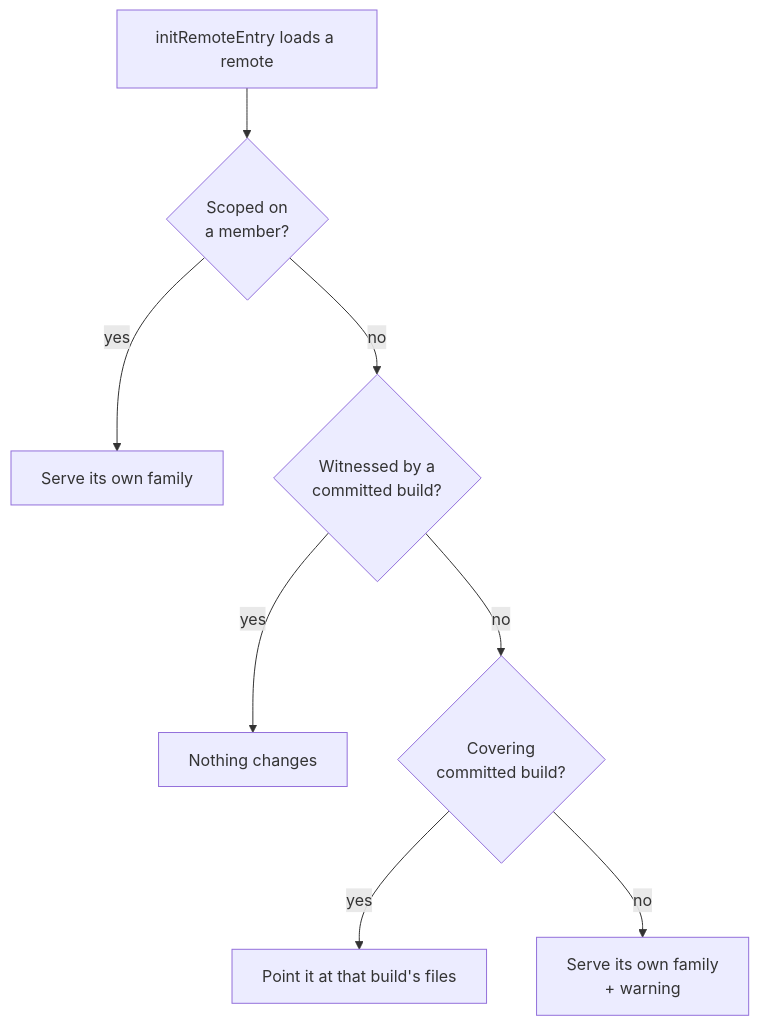
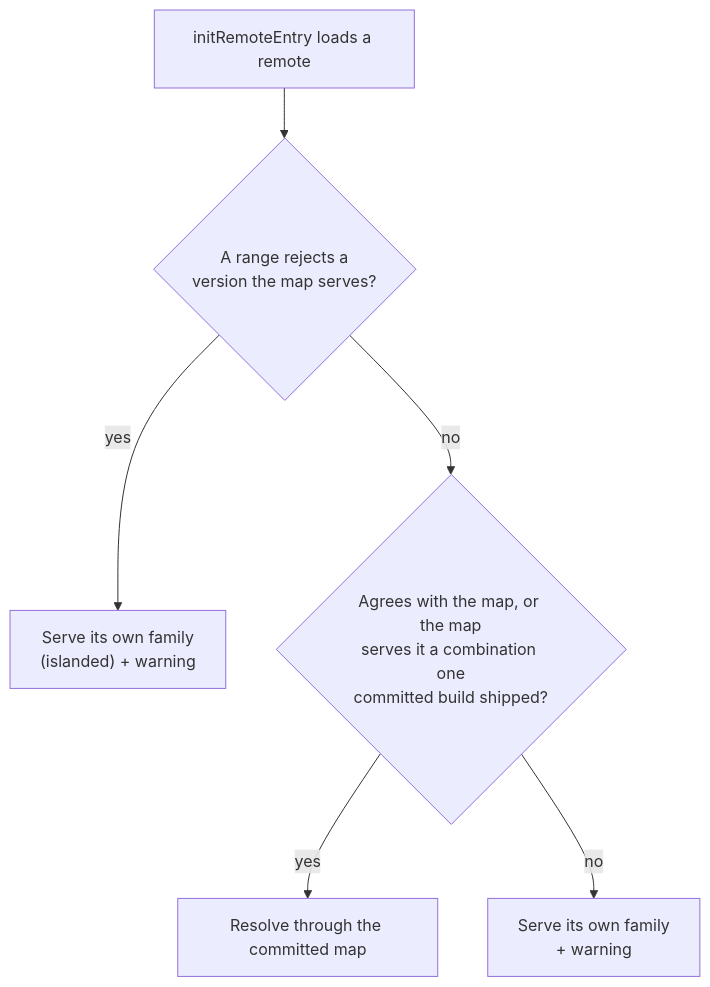
The ninth of 9 diagrams in src/content/docs/v4/orchestrator/pooling.md (native-federation/native-federation-website), drawn with Mermaid before and after one commit. The commit also changed other lines of this file and 11 other files, not shown here.

````diff
--- a/src/content/docs/v4/orchestrator/pooling.md
+++ b/src/content/docs/v4/orchestrator/pooling.md
@@ -383,10 +399,8 @@
 ```mermaid
 flowchart TD
-    N["initRemoteEntry loads a remote"] --> I{"Scoped on<br/>a member?"}
-    I -->|"yes"| X["Serve its own family"]
-    I -->|"no"| W{"Witnessed by a<br/>committed build?"}
-    W -->|"yes"| K["Nothing changes"]
-    W -->|"no"| C{"Covering<br/>committed build?"}
-    C -->|"yes"| S["Point it at that build's files"]
-    C -->|"no"| X2["Serve its own family<br/>+ warning"]
+    N["initRemoteEntry loads a remote"] --> I{"A range rejects a<br/>version the map serves?"}
+    I -->|"yes"| X["Serve its own family<br/>(islanded) + warning"]
+    I -->|"no"| W{"Agrees with the map, or the map<br/>serves it a combination one<br/>committed build shipped?"}
+    W -->|"yes"| K["Resolve through the committed map"]
+    W -->|"no"| X2["Serve its own family<br/>+ warning"]
 ```
````
